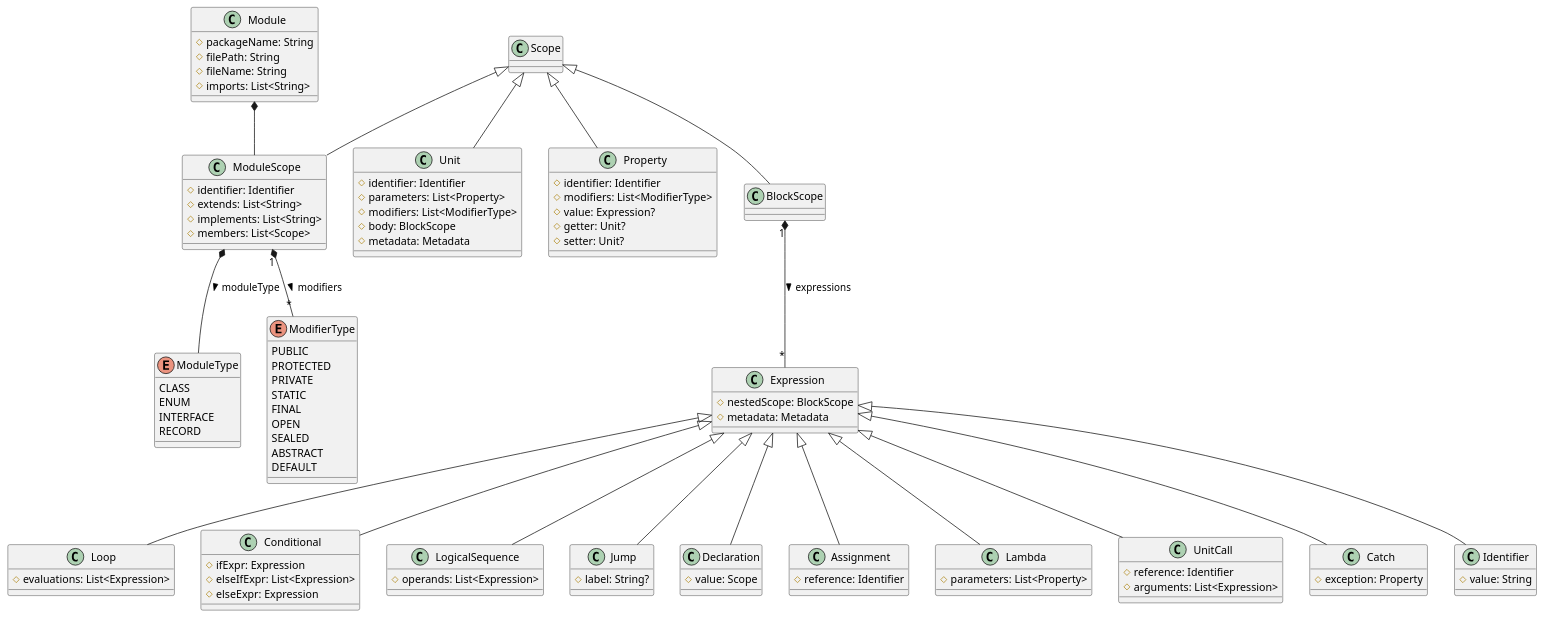
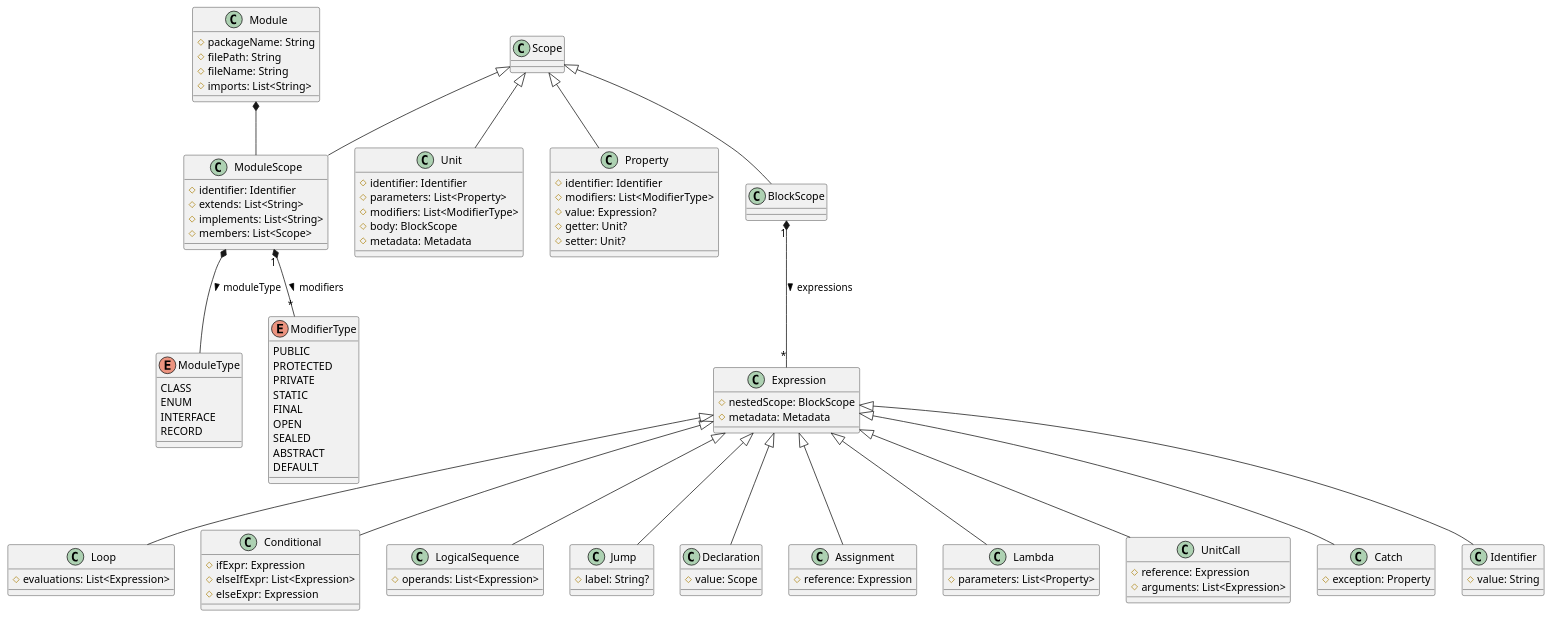
The diagram in docs/metamodel-v2-1.plantuml (MarnickvdA/LAMP-Framework), drawn with PlantUML before and after one commit. The commit also changed 39 other files, not shown here.

```diff
--- a/docs/metamodel-v2-1.plantuml
+++ b/docs/metamodel-v2-1.plantuml
@@ -1,107 +1,107 @@
 @startuml
 class Module
 class Scope
 class ModuleScope
 class Unit
 class Property
 class Expression
 class BlockScope
 
 class Loop
 class Conditional
 class LogicalSequence
 class Jump
 class Declaration
 class Assignment
 class Lambda
 class UnitCall
 
 enum ModuleType {
     CLASS
     ENUM
     INTERFACE
     RECORD
 }
 
 enum ModifierType {
     PUBLIC
     PROTECTED
     PRIVATE
     STATIC
     FINAL
     OPEN
     SEALED
     ABSTRACT
     DEFAULT
 }
 
 Module : # packageName: String
 Module : # filePath: String
 Module : # fileName: String
 Module : # imports: List<String>
 Module *-- ModuleScope
 
 Scope <|-- ModuleScope
 Scope <|-- Unit
 Scope <|-- Property
 Scope <|-- BlockScope
 
 ModuleScope : # identifier: Identifier
 ModuleScope : # extends: List<String>
 ModuleScope : # implements: List<String>
 ModuleScope : # members: List<Scope>
 ModuleScope "1" *-- "*" ModifierType : modifiers >
 ModuleScope *-- ModuleType : moduleType >
 
 Unit : # identifier: Identifier
 Unit : # parameters: List<Property>
 Unit : # modifiers: List<ModifierType>
 Unit : # body: BlockScope
 Unit : # metadata: Metadata
 
 Property : # identifier: Identifier
 Property : # modifiers: List<ModifierType>
 Property : # value: Expression?
 Property : # getter: Unit?
 Property : # setter: Unit?
 
 BlockScope "1" *-- "*" Expression : expressions >
 
 Expression : # nestedScope: BlockScope
 Expression : # metadata: Metadata
 
 Expression <|-- Loop
 Expression <|-- Conditional
 Expression <|-- LogicalSequence
 Expression <|-- Jump
 Expression <|-- Declaration
 Expression <|-- Assignment
 Expression <|-- Lambda
 Expression <|-- UnitCall
 Expression <|-- Catch
 Expression <|-- Identifier
 
 Identifier : # value: String
 
 Catch : # exception: Property
 
 Loop : # evaluations: List<Expression>
 
 Conditional : # ifExpr: Expression
 Conditional : # elseIfExpr: List<Expression>
 Conditional : # elseExpr: Expression
 
 LogicalSequence : # operands: List<Expression>
 
 Jump : # label: String?
 
 Lambda : # parameters: List<Property>
 
-UnitCall : # reference: Identifier
+UnitCall : # reference: Expression
 UnitCall : # arguments: List<Expression>
 
 Declaration : # value: Scope
 
-Assignment : # reference: Identifier
+Assignment : # reference: Expression
 
 @enduml
```
